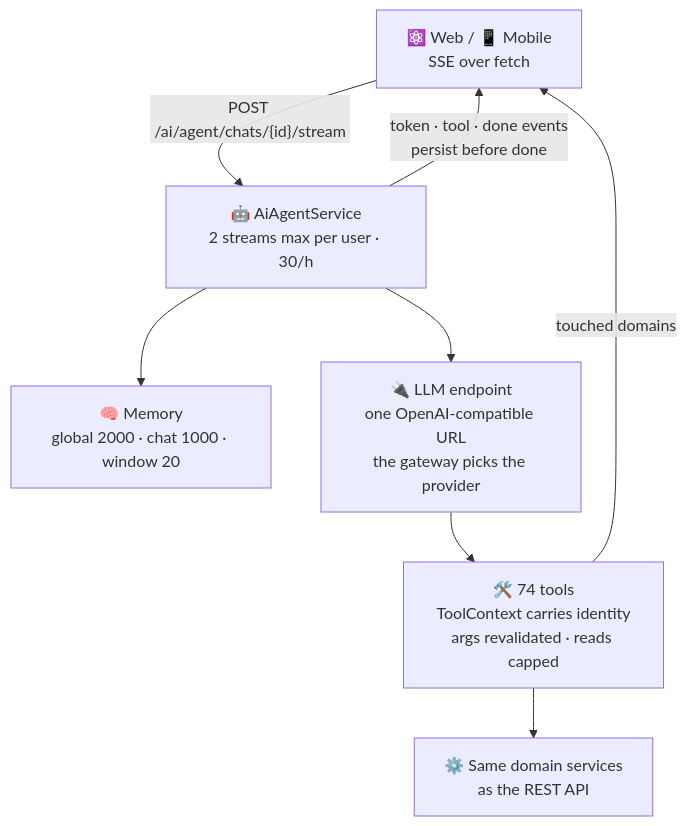
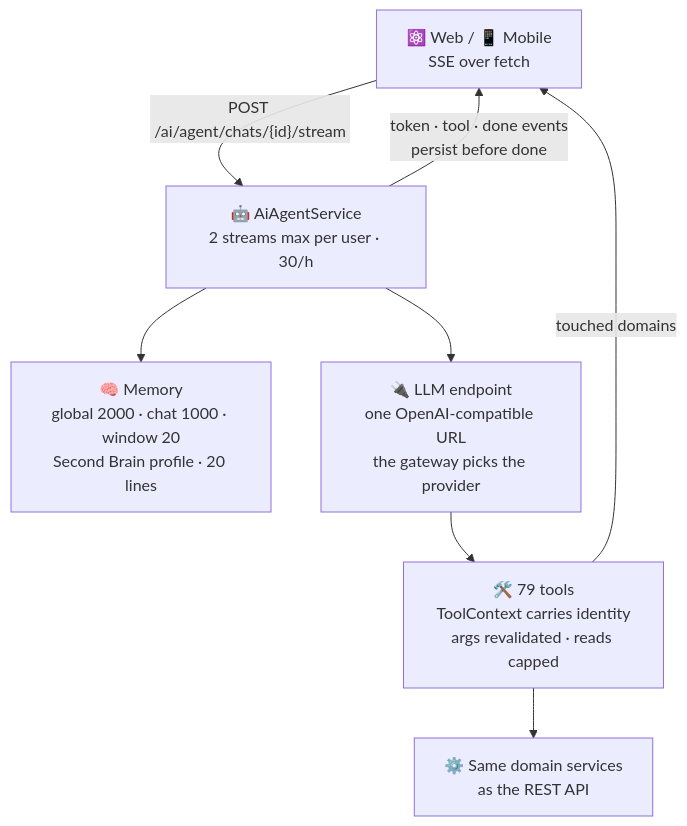
One commit to AndDev741/Beyou-arch-design changed the diagram in architecture/ai-agent/diagram.mmd. Above: the diagram before and after it, drawn with Mermaid. The commit also changed 31 other files, not shown here.

```diff
--- a/architecture/ai-agent/diagram.mmd
+++ b/architecture/ai-agent/diagram.mmd
@@ -1,12 +1,12 @@
 flowchart TD
   C["⚛️ Web / 📱 Mobile<br/>SSE over fetch"]
   C -->|"POST /ai/agent/chats/{id}/stream"| SVC["🤖 AiAgentService<br/>2 streams max per user · 30/h"]
 
-  SVC --> MEM["🧠 Memory<br/>global 2000 · chat 1000 · window 20"]
+  SVC --> MEM["🧠 Memory<br/>global 2000 · chat 1000 · window 20<br/>Second Brain profile · 20 lines"]
   SVC --> LLM["🔌 LLM endpoint<br/>one OpenAI-compatible URL<br/>the gateway picks the provider"]
 
-  LLM --> TOOLS["🛠️ 74 tools<br/>ToolContext carries identity<br/>args revalidated · reads capped"]
+  LLM --> TOOLS["🛠️ 79 tools<br/>ToolContext carries identity<br/>args revalidated · reads capped"]
   TOOLS --> DOM["⚙️ Same domain services<br/>as the REST API"]
 
   SVC -->|"token · tool · done events<br/>persist before done"| C
   TOOLS -->|"touched domains"| C
```
